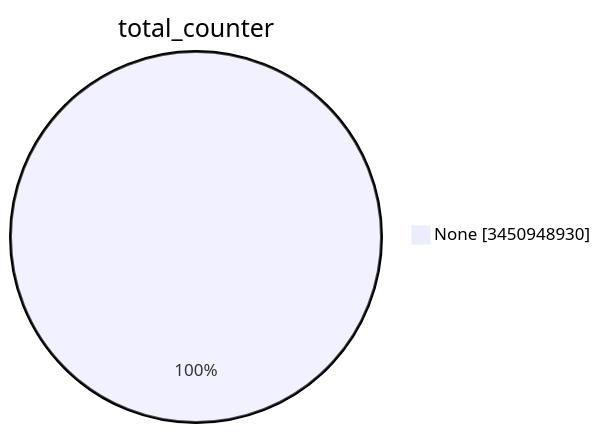
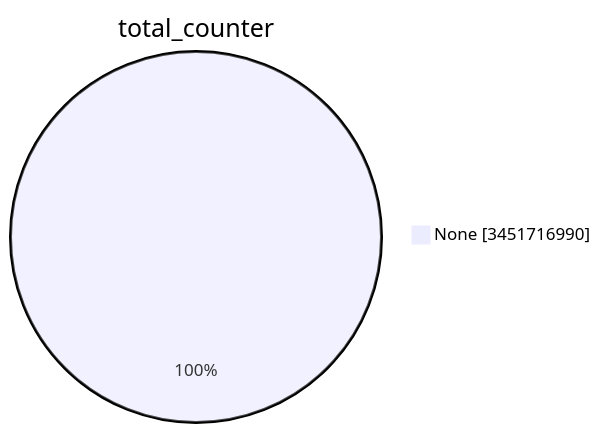
One commit to christiankrug/ctmonitor_visualization changed the first of 15 diagrams in TOTAL/README.md. Above: the diagram before and after it, drawn with Mermaid. The commit also changed other lines of this file, not shown here.

````diff
--- a/TOTAL/README.md
+++ b/TOTAL/README.md
@@ -1,5 +1,5 @@
 ```mermaid
 pie showData
 title total_counter
-"None" :3450948930
+"None" :3451716990
 ```
````
